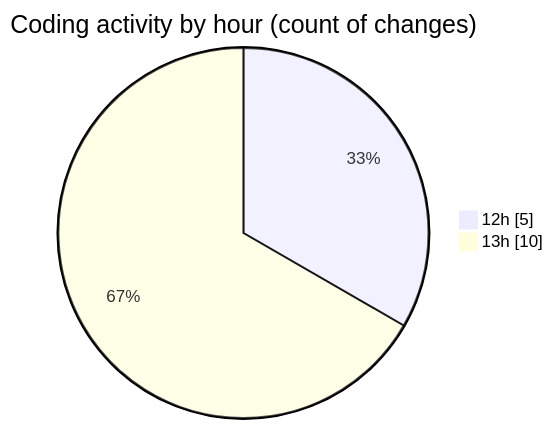
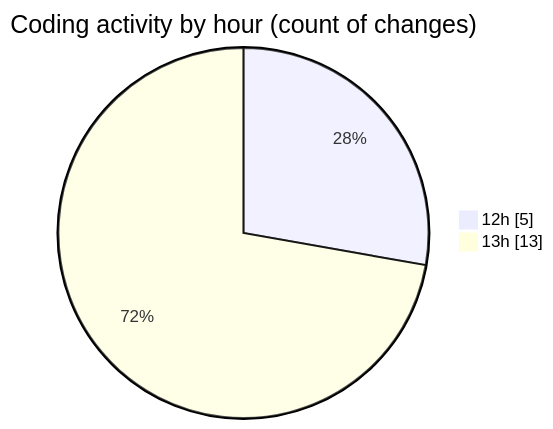
One commit to ricardozamudiocil/code-tracking changed the second of 2 diagrams in 2026-05-22/cilapp/README.md. Above: the diagram before and after it, drawn with Mermaid. The commit also changed other lines of this file and 1 other file, not shown here.

````diff
--- a/2026-05-22/cilapp/README.md
+++ b/2026-05-22/cilapp/README.md
@@ -28,6 +28,6 @@
 ```mermaid
 pie showData
 title Coding activity by hour (count of changes)
 "12h" : 5
-"13h" : 10
+"13h" : 13
 ```
````
